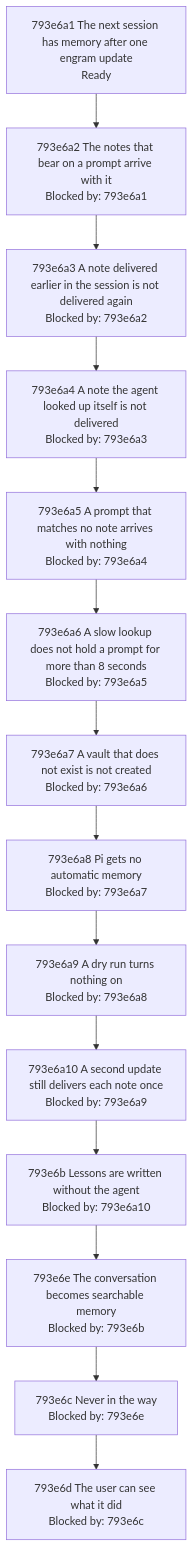
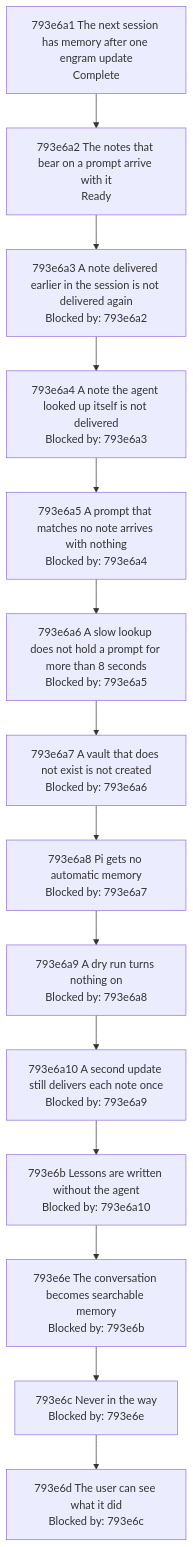
Before and after one commit to toejough/engram: the diagram in docs/changes/793_automatic-memory/793e_implementation-plan.md, drawn with Mermaid. The commit also changed other lines of this file, not shown here.

Commit message:
refactor(793a2a1a): nothing could be removed; node 793e6a1 is complete
Every check passes (check-full: lint, coverage, dead code, nil, declaration order, the dev and integration legs);
nothing of the scenario's path is code the scenario does not need. All eight entries of 793e6a1 are Done, so the
node is Complete and 793e6a2 is Ready.

AI-Used: [claude]

````diff
--- a/docs/changes/793_automatic-memory/793e_implementation-plan.md
+++ b/docs/changes/793_automatic-memory/793e_implementation-plan.md
@@ -91,26 +91,26 @@
 ```mermaid
 graph TD
-    n793e6a1["793e6a1 The next session has memory after one engram update<br/>Ready"]
-    n793e6a2["793e6a2 The notes that bear on a prompt arrive with it<br/>Blocked by: 793e6a1"]
+    n793e6a1["793e6a1 The next session has memory after one engram update<br/>Complete"]
+    n793e6a2["793e6a2 The notes that bear on a prompt arrive with it<br/>Ready"]
     n793e6a3["793e6a3 A note delivered earlier in the session is not delivered again<br/>Blocked by: 793e6a2"]
     n793e6a4["793e6a4 A note the agent looked up itself is not delivered<br/>Blocked by: 793e6a3"]
     n793e6a5["793e6a5 A prompt that matches no note arrives with nothing<br/>Blocked by: 793e6a4"]
     n793e6a6["793e6a6 A slow lookup does not hold a prompt for more than 8 seconds<br/>Blocked by: 793e6a5"]
     n793e6a7["793e6a7 A vault that does not exist is not created<br/>Blocked by: 793e6a6"]
     n793e6a8["793e6a8 Pi gets no automatic memory<br/>Blocked by: 793e6a7"]
     n793e6a9["793e6a9 A dry run turns nothing on<br/>Blocked by: 793e6a8"]
     n793e6a10["793e6a10 A second update still delivers each note once<br/>Blocked by: 793e6a9"]
     n793e6a1 --> n793e6a2
     n793e6a2 --> n793e6a3
     n793e6a3 --> n793e6a4
     n793e6a4 --> n793e6a5
     n793e6a5 --> n793e6a6
     n793e6a6 --> n793e6a7
     n793e6a7 --> n793e6a8
     n793e6a8 --> n793e6a9
     n793e6a9 --> n793e6a10
     n793e6a10 --> n793e6b["793e6b Lessons are written without the agent<br/>Blocked by: 793e6a10"]
     n793e6b --> n793e6e["793e6e The conversation becomes searchable memory<br/>Blocked by: 793e6b"]
     n793e6e --> n793e6c["793e6c Never in the way<br/>Blocked by: 793e6e"]
     n793e6c --> n793e6d["793e6d The user can see what it did<br/>Blocked by: 793e6c"]
 ```
````
